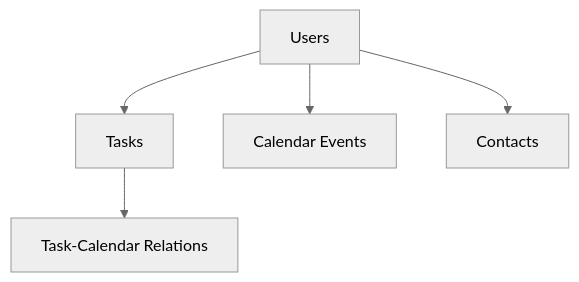
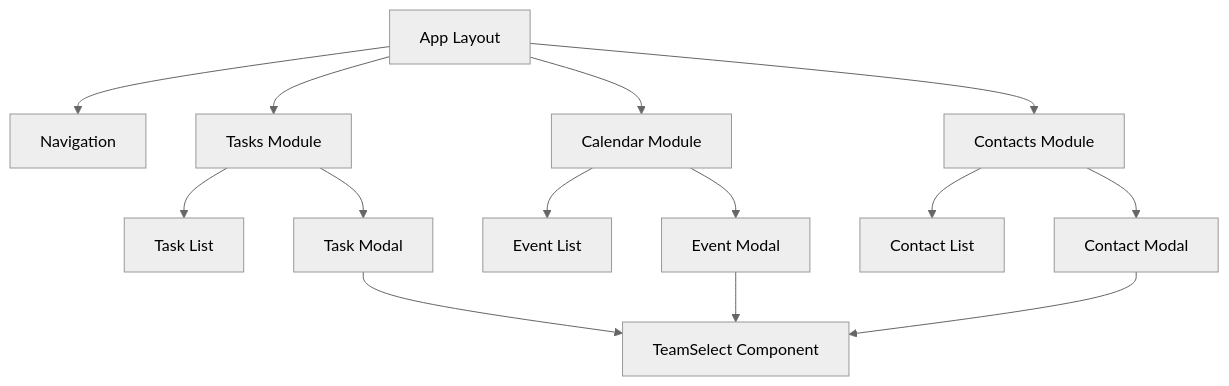
The second of 3 diagrams in Documentation/PROJECT_GUIDE.md (Shuggster/BonCRM), drawn with Mermaid (neutral theme) before and after one commit. The commit also changed other lines of this file and 13 other files, not shown here.

````diff
--- a/Documentation/PROJECT_GUIDE.md
+++ b/Documentation/PROJECT_GUIDE.md
@@ -69,7 +182,29 @@
 ```mermaid
 graph TD
-    A[Users] --> B[Tasks]
-    A --> C[Calendar Events]
-    B --> D[Task-Calendar Relations]
-    A --> E[Contacts]
+    App[App Layout]
+    Nav[Navigation]
+    Tasks[Tasks Module]
+    Calendar[Calendar Module]
+    Contacts[Contacts Module]
+    TaskList[Task List]
+    TaskModal[Task Modal]
+    EventList[Event List]
+    EventModal[Event Modal]
+    ContactList[Contact List]
+    ContactModal[Contact Modal]
+    TeamSelect[TeamSelect Component]
+
+    App --> Nav
+    App --> Tasks
+    App --> Calendar
+    App --> Contacts
+    Tasks --> TaskList
+    Tasks --> TaskModal
+    Calendar --> EventList
+    Calendar --> EventModal
+    Contacts --> ContactList
+    Contacts --> ContactModal
+    TaskModal --> TeamSelect
+    EventModal --> TeamSelect
+    ContactModal --> TeamSelect
 ```
````
